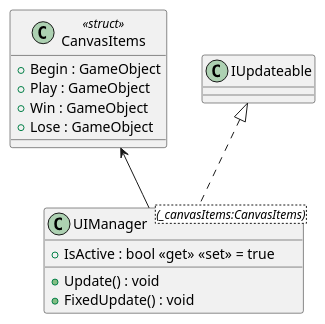
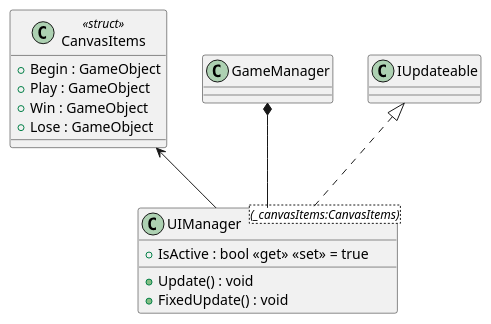
The diagram in Assets/UML/Scripts/Game/UIManager.puml (hiroshi-mcbride/kmgdev-game-arch2), drawn with PlantUML before and after one commit. The commit also changed 30 other files, not shown here.

Commit message:
add IStateRunner fsm dependency. update uml

```diff
--- a/Assets/UML/Scripts/Game/UIManager.puml
+++ b/Assets/UML/Scripts/Game/UIManager.puml
@@ -1,15 +1,16 @@
 @startuml
 class UIManager<(_canvasItems:CanvasItems)> {
     + IsActive : bool <<get>> <<set>> = true
     + Update() : void
     + FixedUpdate() : void
 }
 class CanvasItems <<struct>> {
     + Begin : GameObject
     + Play : GameObject
     + Win : GameObject
     + Lose : GameObject
 }
+GameManager *-- UIManager
 CanvasItems <-- UIManager
 IUpdateable <|.. UIManager
 @enduml
```
